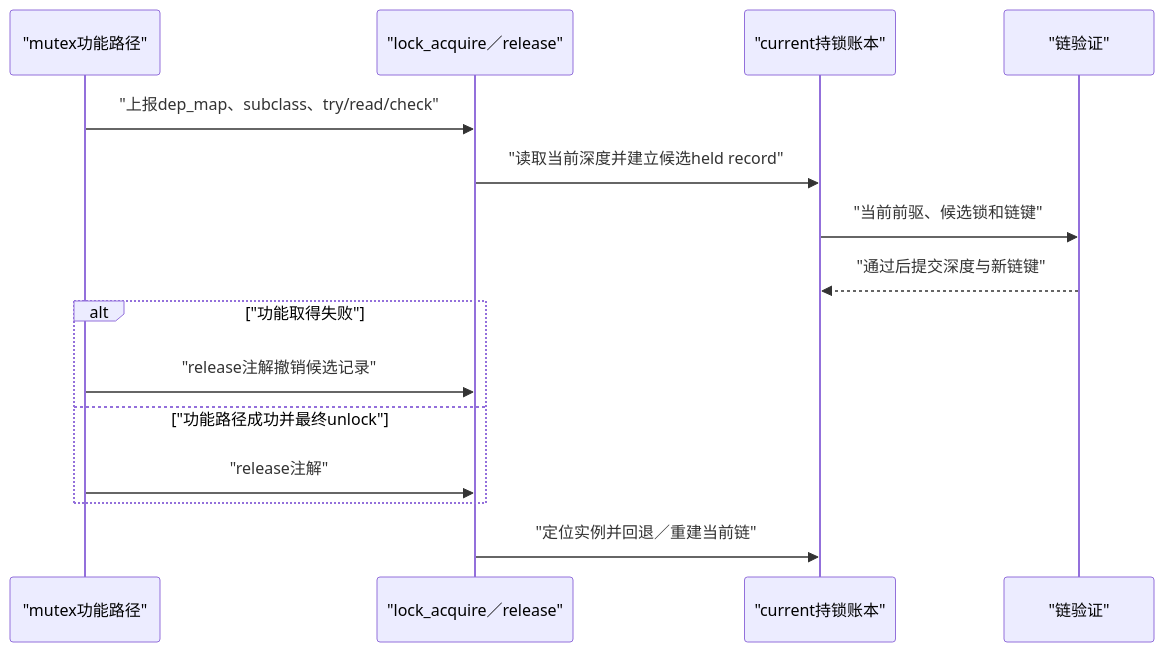
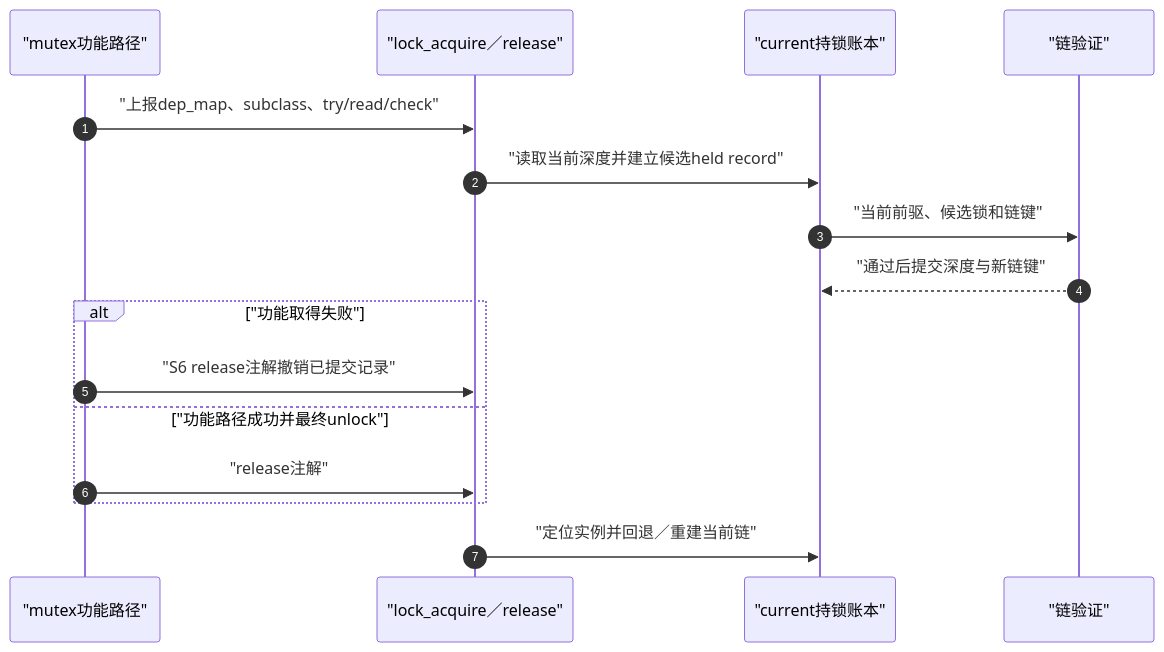
One commit to FormingSystem/linux_note changed the second of 2 diagrams in research/source_reading/lockdep/navigation/P02_Linux_6.12_Lockdep身份与事件接入模块导读.md. Above: the diagram before and after it, drawn with Mermaid. The commit also changed other lines of this file and 4 other files, not shown here.

````diff
--- a/research/source_reading/lockdep/navigation/P02_Linux_6.12_Lockdep身份与事件接入模块导读.md
+++ b/research/source_reading/lockdep/navigation/P02_Linux_6.12_Lockdep身份与事件接入模块导读.md
@@ -46,17 +75,18 @@
 ```mermaid
 sequenceDiagram
+    autonumber
     participant M as "mutex功能路径"
     participant A as "lock_acquire／release"
     participant T as "current持锁账本"
     participant V as "链验证"
     M->>A: "上报dep_map、subclass、try/read/check"
     A->>T: "读取当前深度并建立候选held record"
     T->>V: "当前前驱、候选锁和链键"
     V-->>T: "通过后提交深度与新链键"
     alt "功能取得失败"
-        M->>A: "release注解撤销候选记录"
+        M->>A: "S6 release注解撤销已提交记录"
     else "功能路径成功并最终unlock"
         M->>A: "release注解"
     end
     A->>T: "定位实例并回退／重建当前链"
 ```
````
